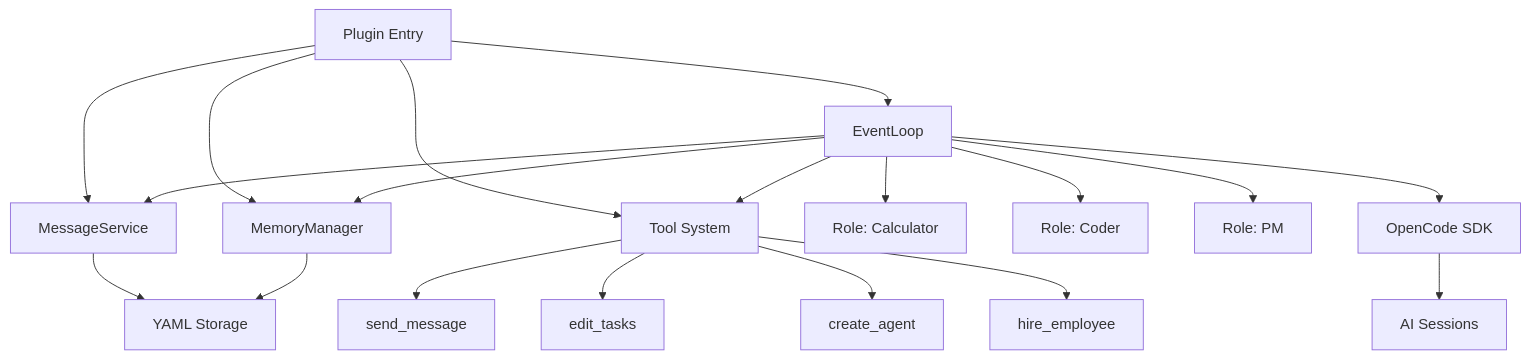
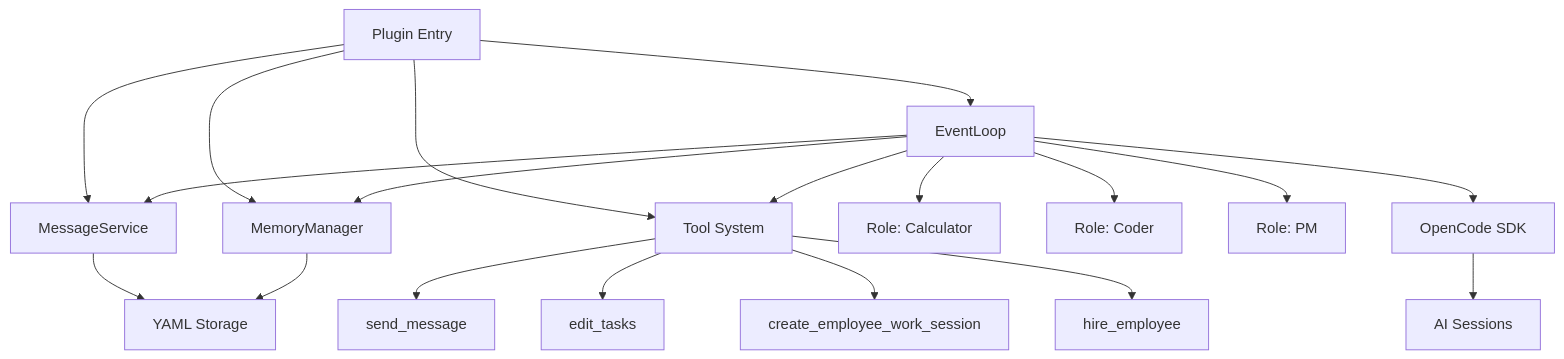
One commit to fkxxyz/opencode-cclover changed the first of 6 diagrams in docs/design.md. Above: the diagram before and after it, drawn with Mermaid. The commit also changed other lines of this file and 179 other files, not shown here.

Commit message:
feat: migrate runtime to employee work sessions

````diff
--- a/docs/design.md
+++ b/docs/design.md
@@ -17,26 +17,26 @@
 ```mermaid
 graph TD
     A[Plugin Entry] --> B[MessageService]
     A --> C[MemoryManager]
     A --> D[Tool System]
     A --> E[EventLoop]
 
     B --> F[YAML Storage]
     C --> F
 
     D --> G[send_message]
     D --> H[edit_tasks]
-    D --> I[create_agent]
+    D --> I[create_employee_work_session]
     D --> J[hire_employee]
 
     E --> K[Role: Calculator]
     E --> L[Role: Coder]
     E --> M[Role: PM]
 
     E --> B
     E --> C
     E --> D
     E --> N[OpenCode SDK]
 
     N --> O[AI Sessions]
 ```
````
